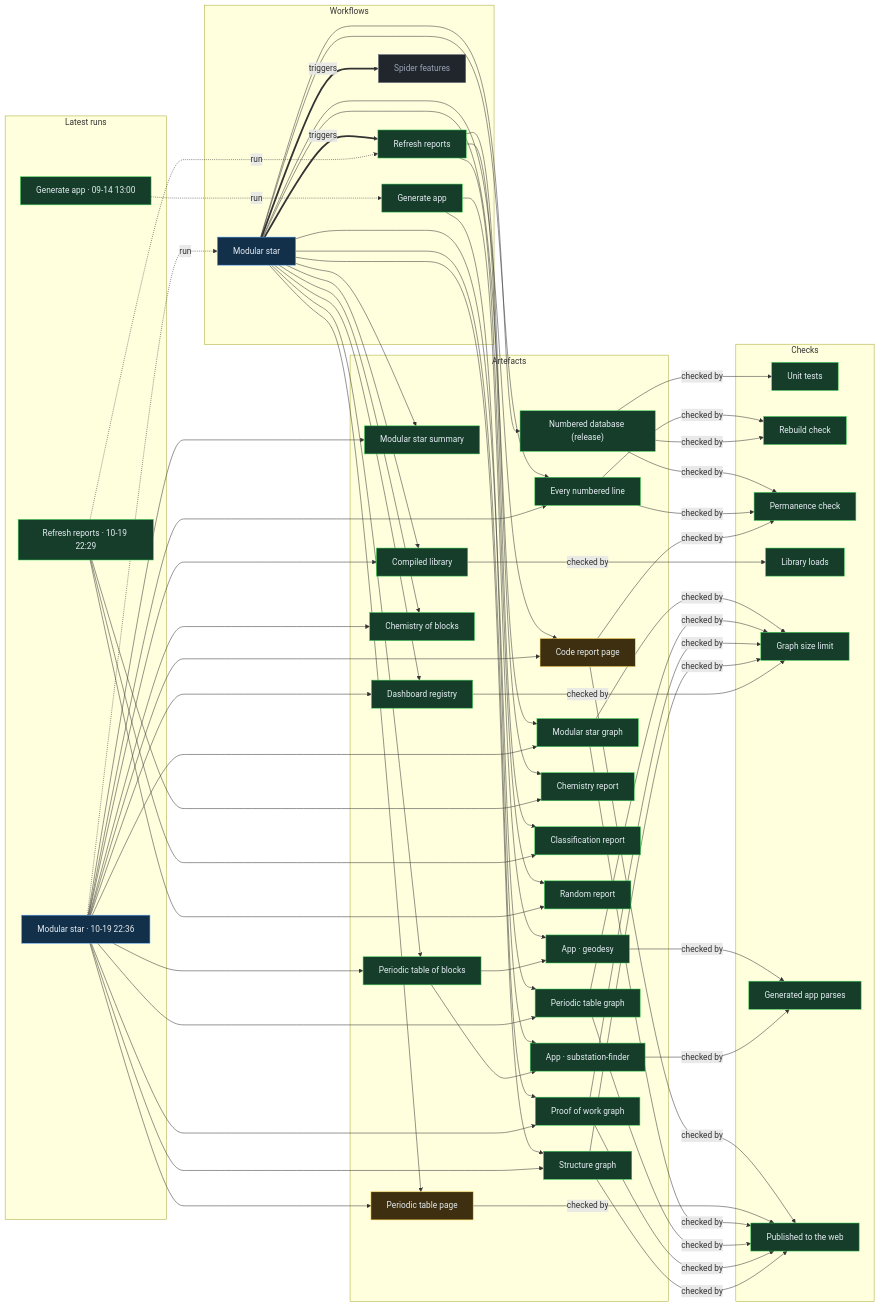
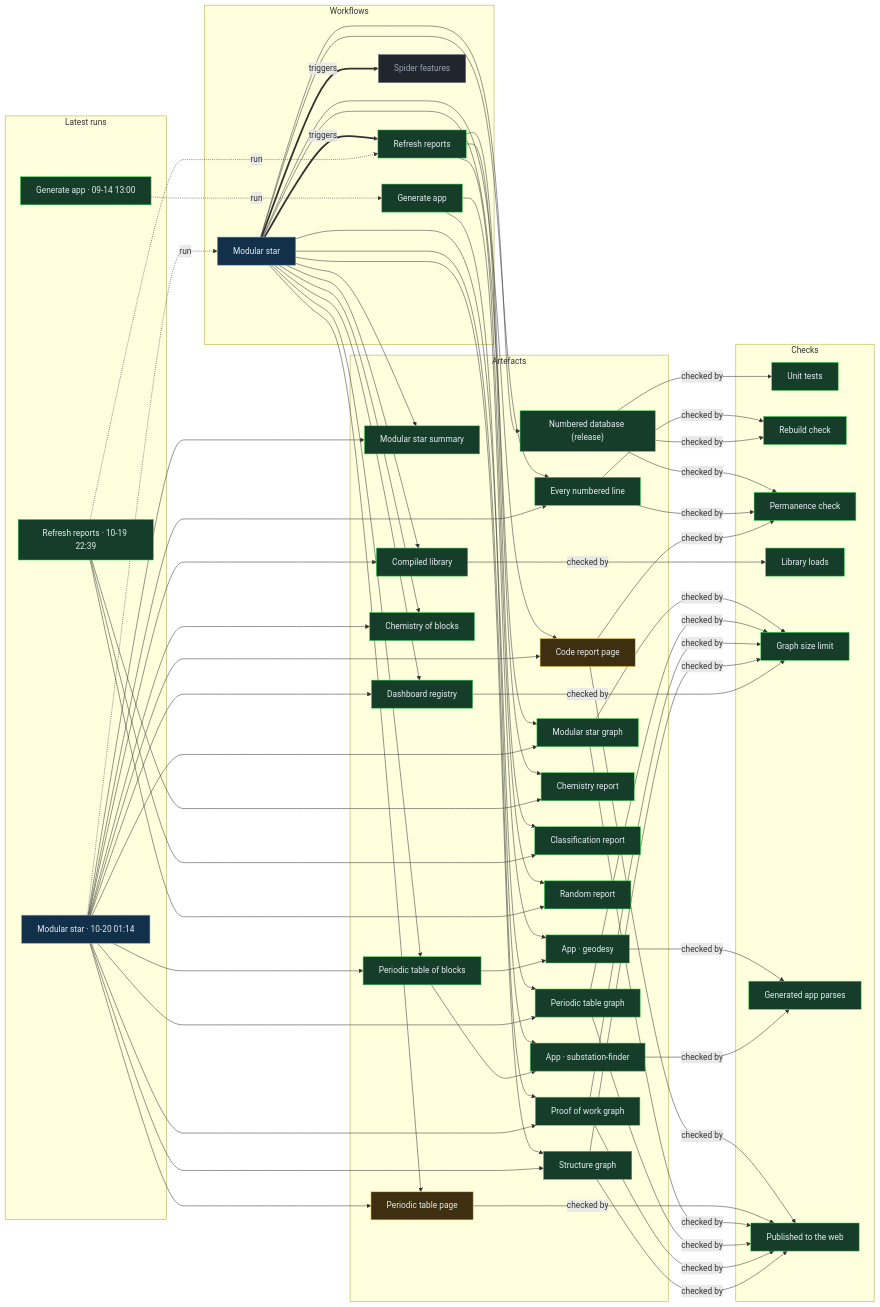
The diagram in proof/PROOF.md (Ventusltd/stars), drawn with Mermaid before and after one commit. The commit also changed other lines of this file and 34 other files, not shown here.

Commit message:
Modular star 2026-10-20T01:16Z

```diff
--- a/proof/PROOF.md
+++ b/proof/PROOF.md
@@ -24,8 +24,8 @@
   n_wf_spider_features["Spider features"]:::off
   end
   subgraph g_runs["Latest runs"]
-  n_run_39336165246["Modular star · 10-19 22:36"]:::live
-  n_run_39335373658["Refresh reports · 10-19 22:29"]:::ok
+  n_run_39352281063["Modular star · 10-20 01:14"]:::live
+  n_run_39336467399["Refresh reports · 10-19 22:39"]:::ok
   n_run_34846587798["Generate app · 09-14 13:00"]:::ok
   end
   subgraph g_artefacts["Artefacts"]
@@ -59,39 +59,39 @@
   end
   n_wf_modular_star == triggers ==> n_wf_refresh
   n_wf_modular_star == triggers ==> n_wf_spider_features
-  n_run_39336165246 -. run .-> n_wf_modular_star
-  n_run_39335373658 -. run .-> n_wf_refresh
+  n_run_39352281063 -. run .-> n_wf_modular_star
+  n_run_39336467399 -. run .-> n_wf_refresh
   n_run_34846587798 -. run .-> n_wf_generate
   n_wf_modular_star --> n_art_summary
-  n_run_39336165246 --> n_art_summary
+  n_run_39352281063 --> n_art_summary
   n_wf_modular_star --> n_art_lines
-  n_run_39336165246 --> n_art_lines
+  n_run_39352281063 --> n_art_lines
   n_wf_modular_star --> n_art_code
-  n_run_39336165246 --> n_art_code
+  n_run_39352281063 --> n_art_code
   n_wf_modular_star --> n_art_modular_graph
-  n_run_39336165246 --> n_art_modular_graph
+  n_run_39352281063 --> n_art_modular_graph
   n_wf_modular_star --> n_art_blocks
-  n_run_39336165246 --> n_art_blocks
+  n_run_39352281063 --> n_art_blocks
   n_wf_modular_star --> n_art_table
-  n_run_39336165246 --> n_art_table
+  n_run_39352281063 --> n_art_table
   n_wf_modular_star --> n_art_blocks_graph
-  n_run_39336165246 --> n_art_blocks_graph
+  n_run_39352281063 --> n_art_blocks_graph
   n_wf_modular_star --> n_art_reactions
-  n_run_39336165246 --> n_art_reactions
+  n_run_39352281063 --> n_art_reactions
   n_wf_modular_star --> n_art_library
-  n_run_39336165246 --> n_art_library
+  n_run_39352281063 --> n_art_library
   n_wf_modular_star --> n_art_features
-  n_run_39336165246 --> n_art_features
+  n_run_39352281063 --> n_art_features
   n_wf_modular_star --> n_art_proof
-  n_run_39336165246 --> n_art_proof
+  n_run_39352281063 --> n_art_proof
   n_wf_modular_star --> n_art_structure
-  n_run_39336165246 --> n_art_structure
+  n_run_39352281063 --> n_art_structure
   n_wf_refresh --> n_art_chemistry
-  n_run_39335373658 --> n_art_chemistry
+  n_run_39336467399 --> n_art_chemistry
   n_wf_refresh --> n_art_vedic
-  n_run_39335373658 --> n_art_vedic
+  n_run_39336467399 --> n_art_vedic
   n_wf_refresh --> n_art_random
-  n_run_39335373658 --> n_art_random
+  n_run_39336467399 --> n_art_random
   n_wf_modular_star --> n_art_release
   n_wf_generate --> n_app_geodesy
   n_art_blocks --> n_app_geodesy
```
